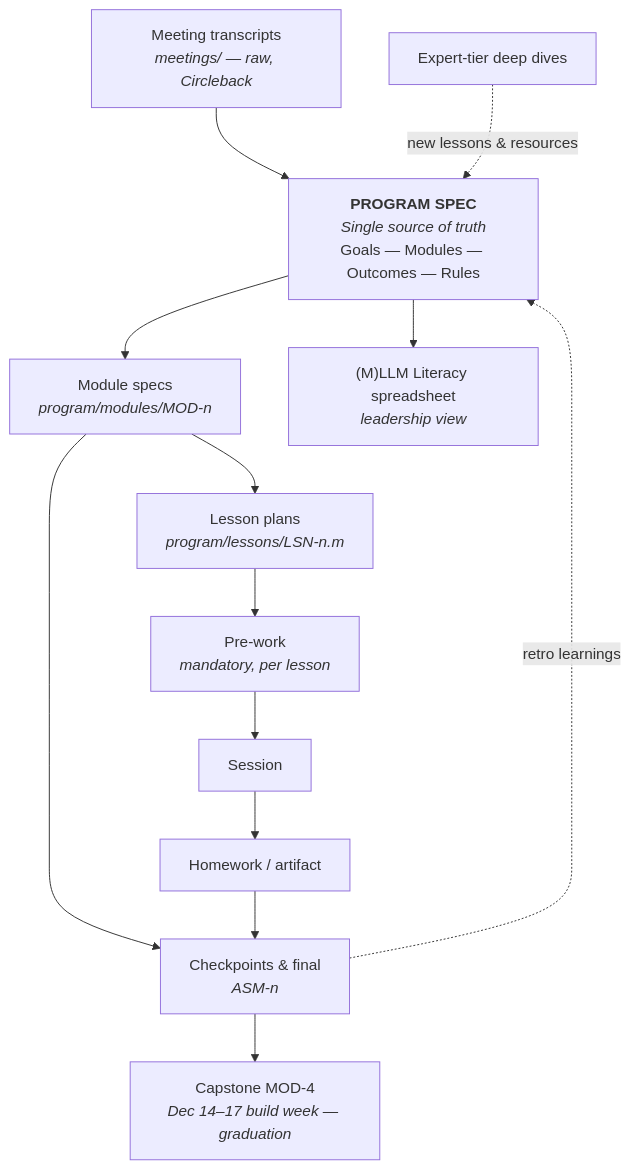
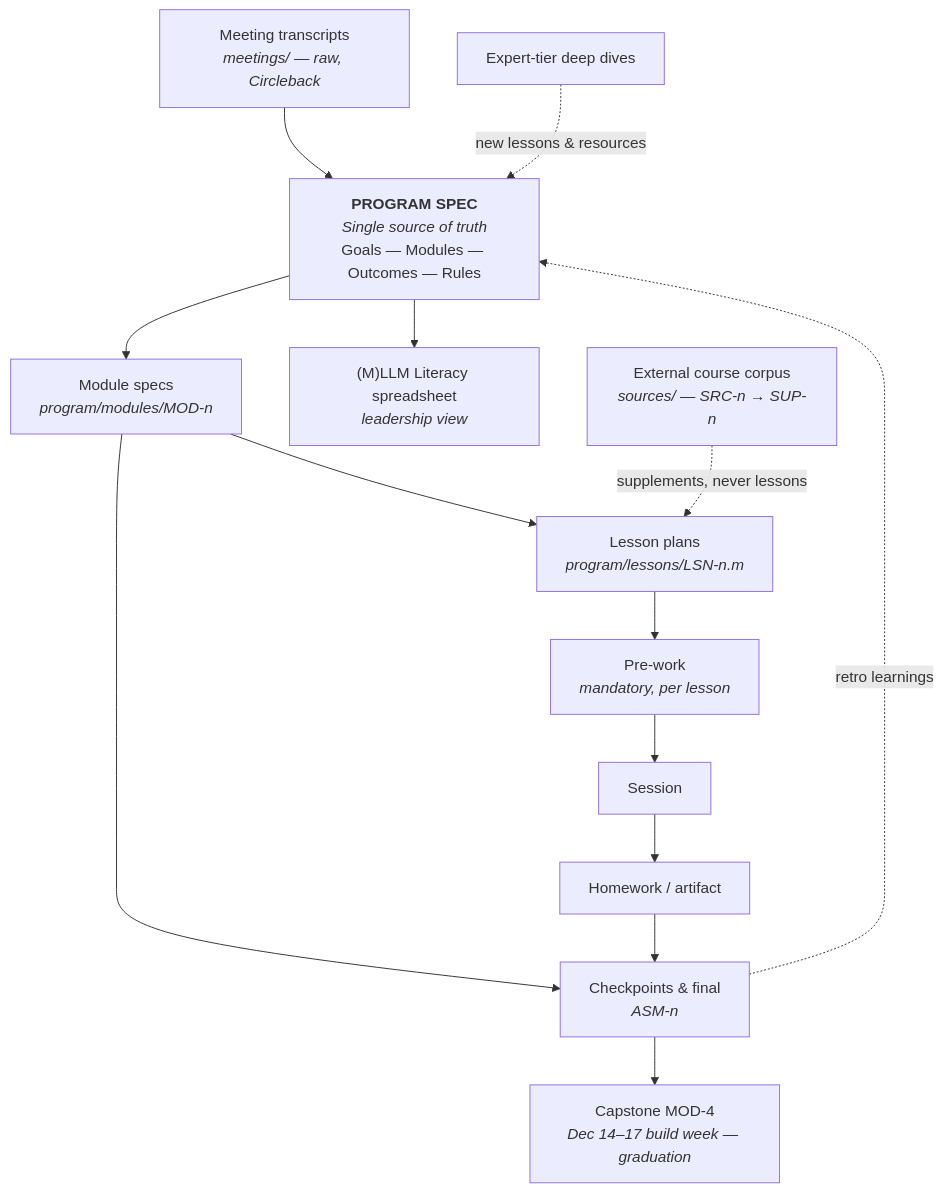
Before and after one commit to tylergoble-VSP/VSP-AI-ML-Training: the first of 2 diagrams in program/program-spec.md, drawn with Mermaid. The commit also changed other lines of this file and 39 other files, not shown here.

````diff
--- a/program/program-spec.md
+++ b/program/program-spec.md
@@ -17,19 +17,20 @@
 ```mermaid
 graph TD
     TRANSCRIPT["Meeting transcripts<br/><i>meetings/ — raw, Circleback</i>"] --> SPEC
     SPEC["<b>PROGRAM SPEC</b><br/><i>Single source of truth</i><br/>Goals — Modules — Outcomes — Rules"]
 
     SPEC --> MODULES["Module specs<br/><i>program/modules/MOD-n</i>"]
     MODULES --> LESSONS["Lesson plans<br/><i>program/lessons/LSN-n.m</i>"]
     MODULES --> ASSESS["Checkpoints & final<br/><i>ASM-n</i>"]
     LESSONS --> PREWORK["Pre-work<br/><i>mandatory, per lesson</i>"]
     PREWORK --> SESSION["Session"]
     SESSION --> HOMEWORK["Homework / artifact"]
     HOMEWORK --> ASSESS
     ASSESS --> CAPSTONE["Capstone MOD-4<br/><i>Dec 14–17 build week — graduation</i>"]
 
     SPEC --> SHEET["(M)LLM Literacy spreadsheet<br/><i>leadership view</i>"]
 
     ASSESS -.->|retro learnings| SPEC
     EXPERT["Expert-tier deep dives"] -.->|new lessons & resources| SPEC
+    CORPUS["External course corpus<br/><i>sources/ — SRC-n → SUP-n</i>"] -.->|supplements, never lessons| LESSONS
 ```
````
